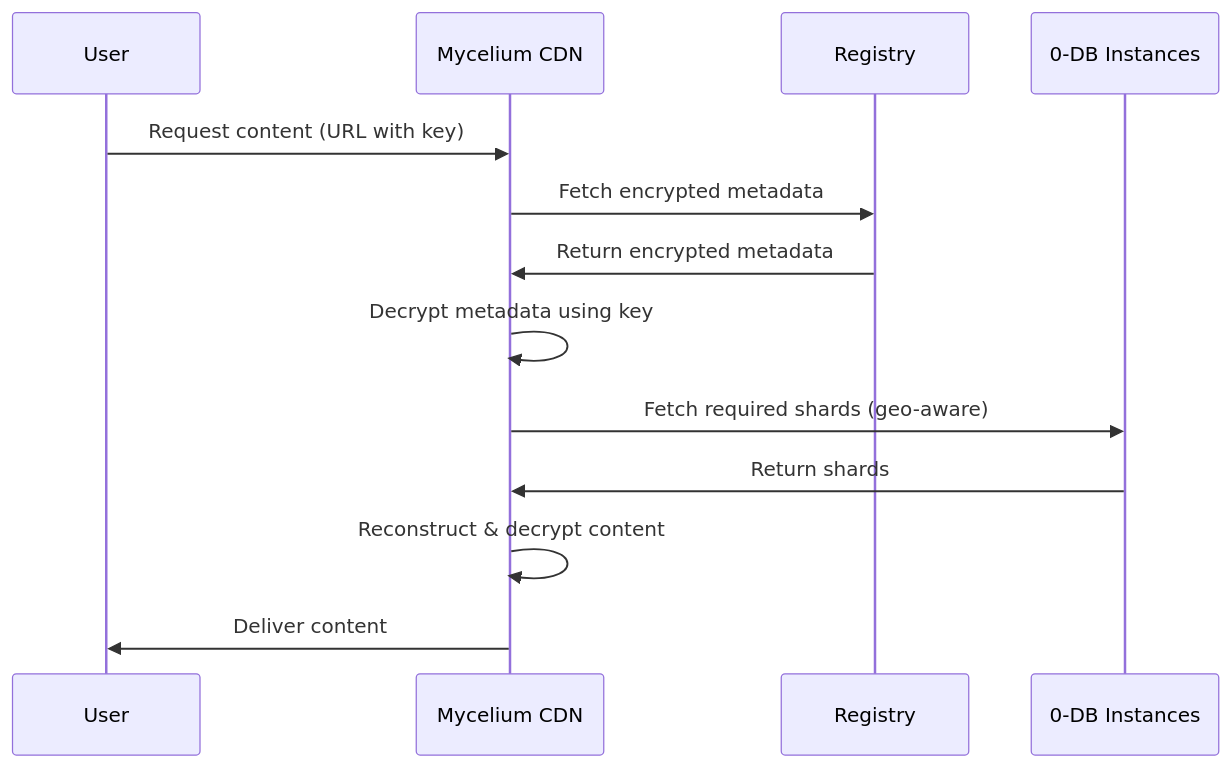
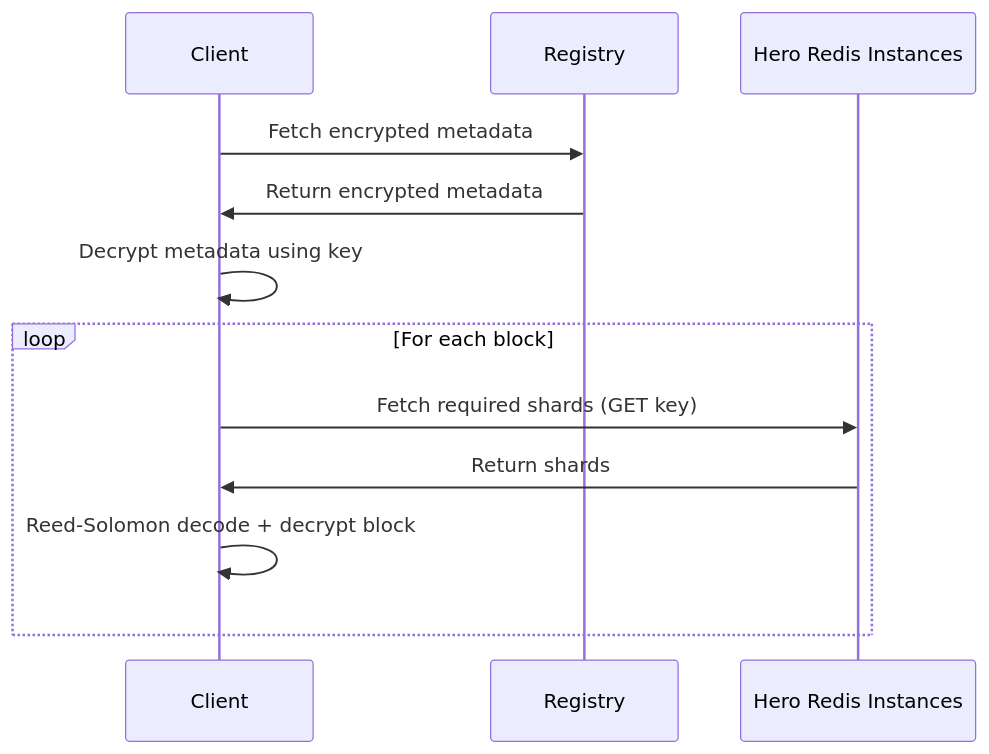
Before and after one commit to threefoldtech/mycelium-cdn-registry: the third of 3 diagrams in docs/README.md, drawn with Mermaid. The commit also changed other lines of this file and 14 other files, not shown here.

Commit message:
Change 0-db implementation to hero_redis

````diff
--- a/docs/README.md
+++ b/docs/README.md
@@ -69,16 +73,15 @@
 ```mermaid
 sequenceDiagram
-    participant User
-    participant CDN as Mycelium CDN
+    participant Client
     participant Registry
-    participant ZDB as 0-DB Instances
-    
-    User->>CDN: Request content (URL with key)
-    CDN->>Registry: Fetch encrypted metadata
-    Registry->>CDN: Return encrypted metadata
-    CDN->>CDN: Decrypt metadata using key
-    CDN->>ZDB: Fetch required shards (geo-aware)
-    ZDB->>CDN: Return shards
-    CDN->>CDN: Reconstruct & decrypt content
-    CDN->>User: Deliver content
+    participant HeroRedis as Hero Redis Instances
+
+    Client->>Registry: Fetch encrypted metadata
+    Registry->>Client: Return encrypted metadata
+    Client->>Client: Decrypt metadata using key
+    loop For each block
+        Client->>HeroRedis: Fetch required shards (GET key)
+        HeroRedis->>Client: Return shards
+        Client->>Client: Reed-Solomon decode + decrypt block
+    end
 ```
````
